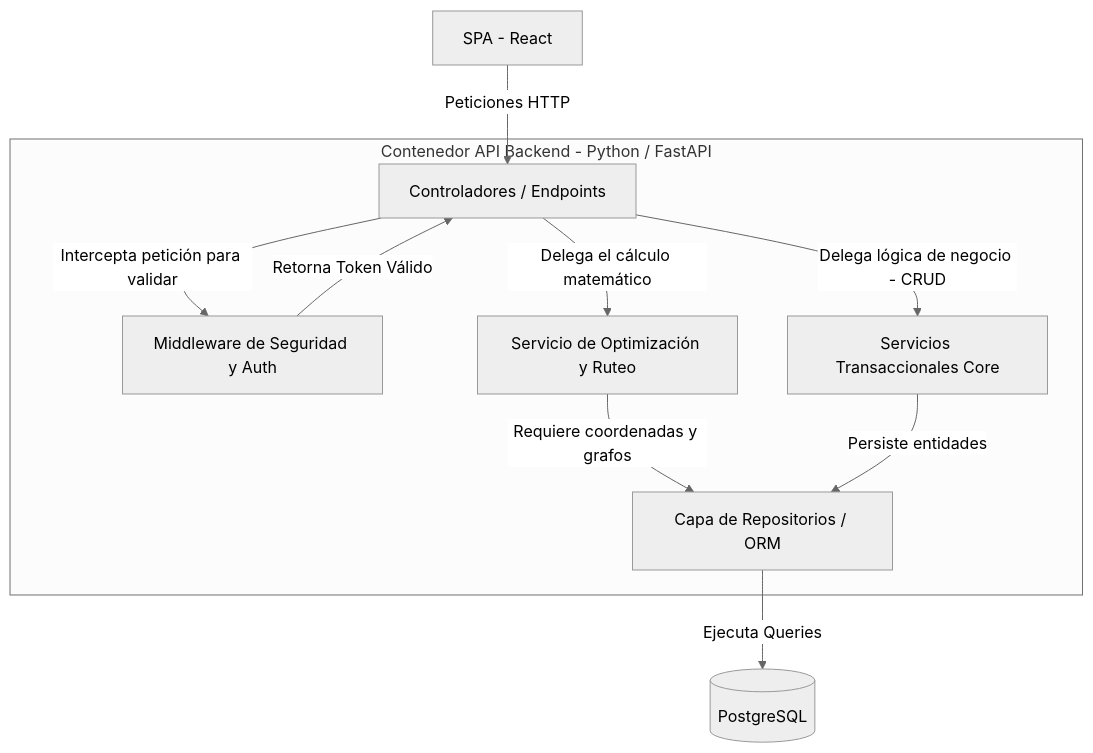
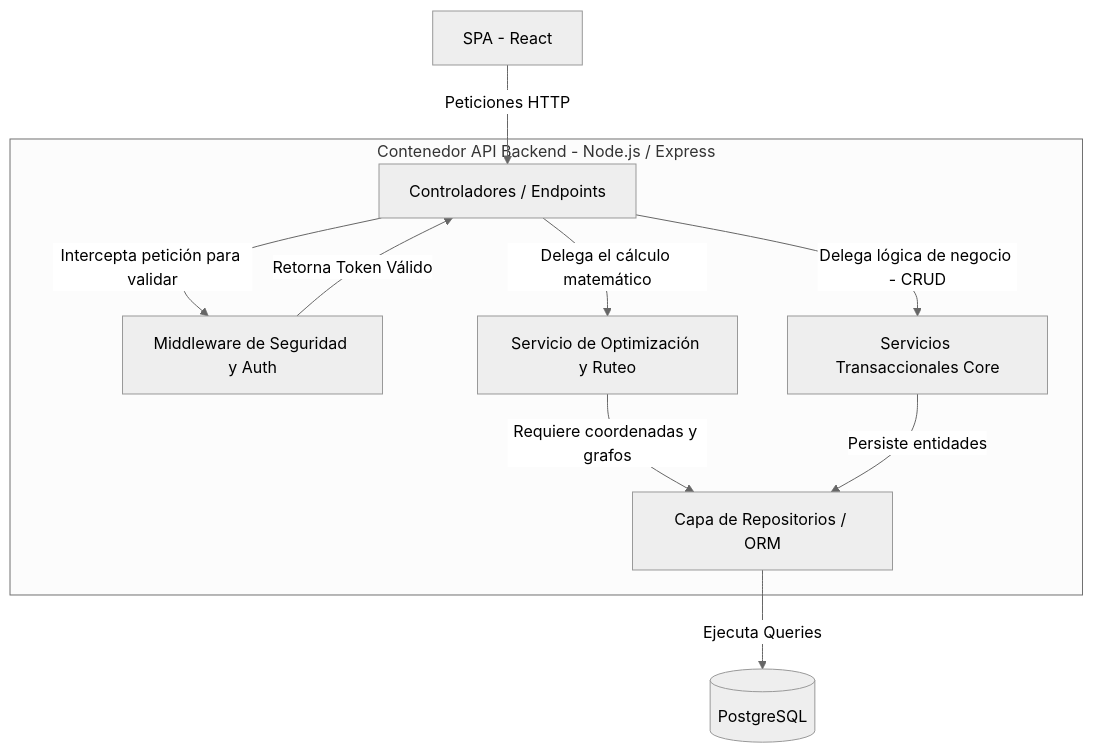
One commit to Nario1/WankaEcoLogistica changed the third of 3 diagrams in docs/01 Inicio/12. Modelo C4 V_1_0_0.md. Above: the diagram before and after it, drawn with Mermaid (neutral theme). The commit also changed other lines of this file and 2 other files, not shown here.

Commit message:
Actualización de la documentación del backend a Node.js y Express

````diff
--- a/docs/01 Inicio/12. Modelo C4 V_1_0_0.md
+++ b/docs/01 Inicio/12. Modelo C4 V_1_0_0.md
@@ -54,20 +54,20 @@
 ```mermaid
 graph TD
-    subgraph backend["Contenedor API Backend - Python / FastAPI"]
+    subgraph backend["Contenedor API Backend - Node.js / Express"]
         Router["Controladores / Endpoints"]
         Sec["Middleware de Seguridad y Auth"]
         SvcRuteo["Servicio de Optimización y Ruteo"]
         SvcNegocio["Servicios Transaccionales Core"]
         Repo["Capa de Repositorios / ORM"]
 
         Router -->|"Intercepta petición para validar"| Sec
         Sec -->|"Retorna Token Válido"| Router
         Router -->|"Delega el cálculo matemático"| SvcRuteo
         Router -->|"Delega lógica de negocio - CRUD"| SvcNegocio
         SvcRuteo -->|"Requiere coordenadas y grafos"| Repo
         SvcNegocio -->|"Persiste entidades"| Repo
     end
 
     WA["SPA - React"] -->|"Peticiones HTTP"| Router
     Repo -->|"Ejecuta Queries"| DB[(PostgreSQL)]
 ```
````
